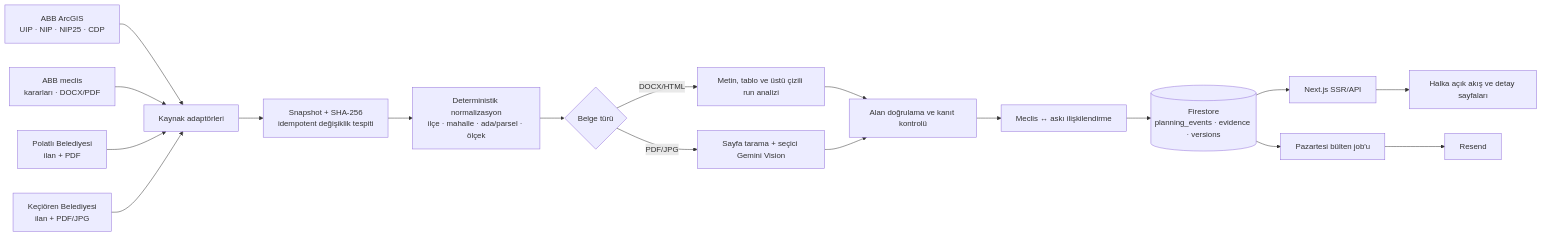
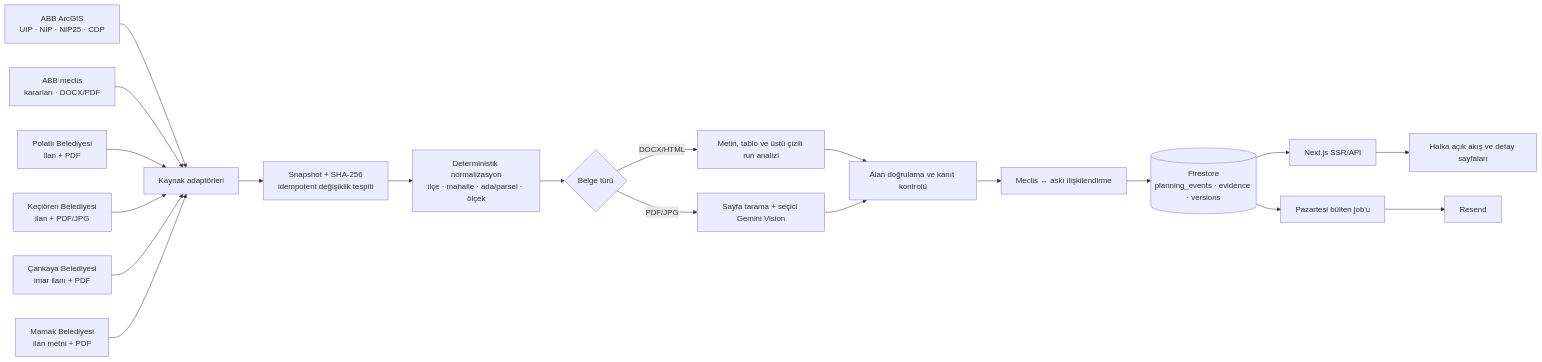
Before and after one commit to hcakil/imar-sinyal: the first of 2 diagrams in README.md, drawn with Mermaid. The commit also changed other lines of this file and 4 other files, not shown here.

````diff
--- a/README.md
+++ b/README.md
@@ -73,20 +74,22 @@
 ```mermaid
 flowchart LR
     A["ABB ArcGIS<br/>UIP · NIP · NIP25 · CDP"] --> S["Kaynak adaptörleri"]
     B["ABB meclis<br/>kararları · DOCX/PDF"] --> S
     P["Polatlı Belediyesi<br/>ilan + PDF"] --> S
     K["Keçiören Belediyesi<br/>ilan + PDF/JPG"] --> S
+    C["Çankaya Belediyesi<br/>imar ilanı + PDF"] --> S
+    MM["Mamak Belediyesi<br/>ilan metni + PDF"] --> S
     S --> H["Snapshot + SHA-256<br/>idempotent değişiklik tespiti"]
     H --> N["Deterministik normalizasyon<br/>ilçe · mahalle · ada/parsel · ölçek"]
     N --> D{"Belge türü"}
     D -->|DOCX/HTML| T["Metin, tablo ve üstü çizili run analizi"]
     D -->|PDF/JPG| V["Sayfa tarama + seçici Gemini Vision"]
     T --> G["Alan doğrulama ve kanıt kontrolü"]
     V --> G
     G --> L["Meclis ↔ askı ilişkilendirme"]
     L --> F[("Firestore<br/>planning_events · evidence · versions")]
     F --> W["Next.js SSR/API"]
     W --> U["Halka açık akış ve detay sayfaları"]
     F --> M["Pazartesi bülten job'u"]
     M --> R["Resend"]
 ```
````
